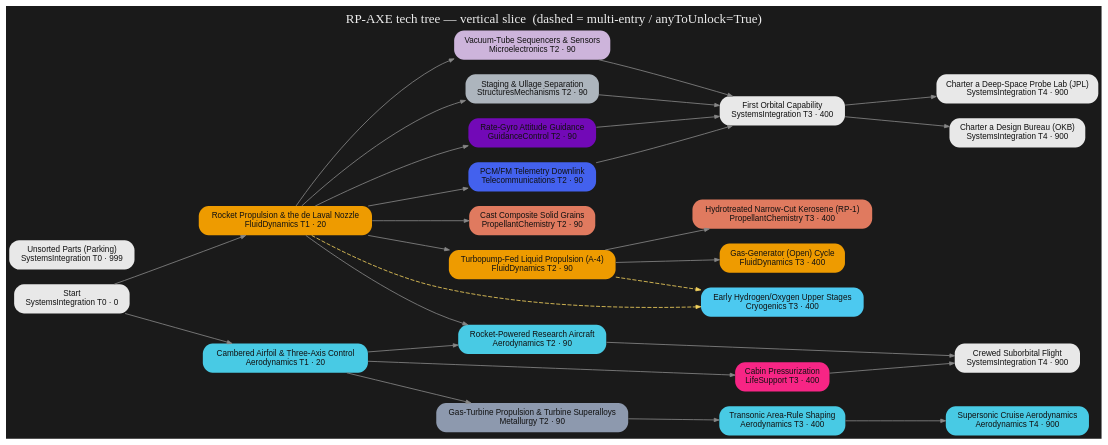
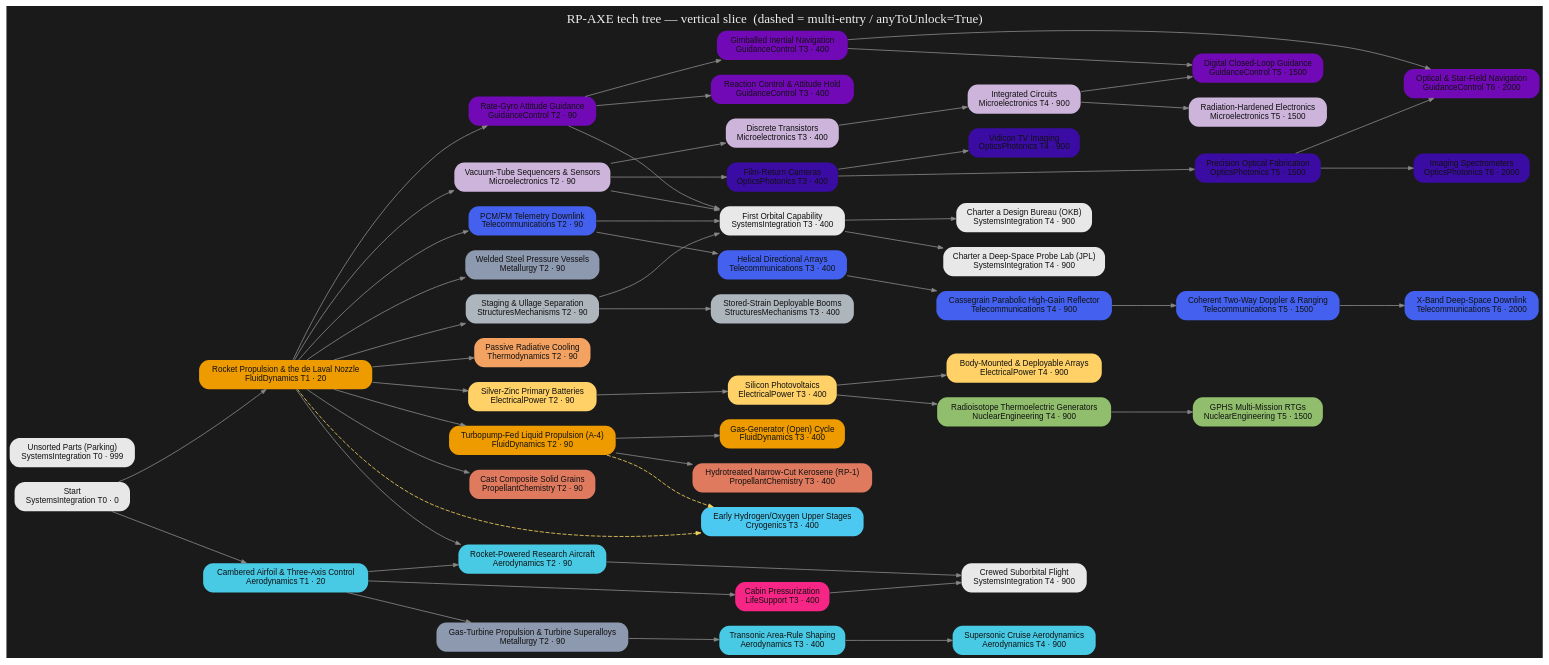
The diagram in tree/render/axe-tree.dot (miskoltrans/RP-AXE), drawn with Graphviz before and after one commit. The commit also changed 5 other files, not shown here.

```diff
--- a/tree/render/axe-tree.dot
+++ b/tree/render/axe-tree.dot
@@ -1,60 +1,110 @@
 digraph AXE {
   rankdir=LR; bgcolor="#1a1a1a"; nodesep=0.25; ranksep=1.1;
   node[shape=box,style="filled,rounded",fontname="Helvetica",fontsize=10,color="#00000000"];
   edge[color="#888888",arrowsize=0.6];
   "start" [label="Start\nSystemsIntegration T0 · 0",fillcolor="#e8e8e8",fontcolor="#111111"];
   "parking" [label="Unsorted Parts (Parking)\nSystemsIntegration T0 · 999",fillcolor="#e8e8e8",fontcolor="#111111"];
   "rocketryStart" [label="Rocket Propulsion & the de Laval Nozzle\nFluidDynamics T1 · 20",fillcolor="#ee9b00",fontcolor="#111111"];
   "fd_turbopumpLiquid" [label="Turbopump-Fed Liquid Propulsion (A-4)\nFluidDynamics T2 · 90",fillcolor="#ee9b00",fontcolor="#111111"];
   "pc_solidGrain" [label="Cast Composite Solid Grains\nPropellantChemistry T2 · 90",fillcolor="#e07a5f",fontcolor="#111111"];
   "pc_kerosene" [label="Hydrotreated Narrow-Cut Kerosene (RP-1)\nPropellantChemistry T3 · 400",fillcolor="#e07a5f",fontcolor="#111111"];
   "fd_gasGenerator" [label="Gas-Generator (Open) Cycle\nFluidDynamics T3 · 400",fillcolor="#ee9b00",fontcolor="#111111"];
   "cryo_earlyHydrolox" [label="Early Hydrogen/Oxygen Upper Stages\nCryogenics T3 · 400",fillcolor="#4cc9f0",fontcolor="#111111"];
   "str_stageSeparation" [label="Staging & Ullage Separation\nStructuresMechanisms T2 · 90",fillcolor="#adb5bd",fontcolor="#111111"];
-  "gnc_earlyGuidance" [label="Rate-Gyro Attitude Guidance\nGuidanceControl T2 · 90",fillcolor="#7209b7",fontcolor="#111111"];
+  "gnc_rateGyros" [label="Rate-Gyro Attitude Guidance\nGuidanceControl T2 · 90",fillcolor="#7209b7",fontcolor="#111111"];
   "tel_pcmTelemetry" [label="PCM/FM Telemetry Downlink\nTelecommunications T2 · 90",fillcolor="#4361ee",fontcolor="#111111"];
-  "mic_probeAvionics" [label="Vacuum-Tube Sequencers & Sensors\nMicroelectronics T2 · 90",fillcolor="#cdb4db",fontcolor="#111111"];
+  "mic_vacuumTubes" [label="Vacuum-Tube Sequencers & Sensors\nMicroelectronics T2 · 90",fillcolor="#cdb4db",fontcolor="#111111"];
+  "met_weldedSteel" [label="Welded Steel Pressure Vessels\nMetallurgy T2 · 90",fillcolor="#8d99ae",fontcolor="#111111"];
+  "elec_silverZinc" [label="Silver-Zinc Primary Batteries\nElectricalPower T2 · 90",fillcolor="#ffd166",fontcolor="#111111"];
+  "elec_siliconPV" [label="Silicon Photovoltaics\nElectricalPower T3 · 400",fillcolor="#ffd166",fontcolor="#111111"];
+  "elec_bodyMountedArrays" [label="Body-Mounted & Deployable Arrays\nElectricalPower T4 · 900",fillcolor="#ffd166",fontcolor="#111111"];
+  "mic_transistor" [label="Discrete Transistors\nMicroelectronics T3 · 400",fillcolor="#cdb4db",fontcolor="#111111"];
+  "mic_integratedCircuit" [label="Integrated Circuits\nMicroelectronics T4 · 900",fillcolor="#cdb4db",fontcolor="#111111"];
+  "mic_radHardening" [label="Radiation-Hardened Electronics\nMicroelectronics T5 · 1500",fillcolor="#cdb4db",fontcolor="#111111"];
+  "tel_helicalDirectional" [label="Helical Directional Arrays\nTelecommunications T3 · 400",fillcolor="#4361ee",fontcolor="#111111"];
+  "tel_cassegrainHGA" [label="Cassegrain Parabolic High-Gain Reflector\nTelecommunications T4 · 900",fillcolor="#4361ee",fontcolor="#111111"];
+  "tel_dsnRanging" [label="Coherent Two-Way Doppler & Ranging\nTelecommunications T5 · 1500",fillcolor="#4361ee",fontcolor="#111111"];
+  "tel_xBandDownlink" [label="X-Band Deep-Space Downlink\nTelecommunications T6 · 2000",fillcolor="#4361ee",fontcolor="#111111"];
+  "gnc_reactionControl" [label="Reaction Control & Attitude Hold\nGuidanceControl T3 · 400",fillcolor="#7209b7",fontcolor="#111111"];
+  "gnc_inertialNav" [label="Gimballed Inertial Navigation\nGuidanceControl T3 · 400",fillcolor="#7209b7",fontcolor="#111111"];
+  "gnc_digitalGuidance" [label="Digital Closed-Loop Guidance\nGuidanceControl T5 · 1500",fillcolor="#7209b7",fontcolor="#111111"];
+  "gnc_opticalNav" [label="Optical & Star-Field Navigation\nGuidanceControl T6 · 2000",fillcolor="#7209b7",fontcolor="#111111"];
+  "opt_filmCameras" [label="Film-Return Cameras\nOpticsPhotonics T3 · 400",fillcolor="#3a0ca3",fontcolor="#111111"];
+  "opt_tvImaging" [label="Vidicon TV Imaging\nOpticsPhotonics T4 · 900",fillcolor="#3a0ca3",fontcolor="#111111"];
+  "opt_precisionOptics" [label="Precision Optical Fabrication\nOpticsPhotonics T5 · 1500",fillcolor="#3a0ca3",fontcolor="#111111"];
+  "opt_spectrometry" [label="Imaging Spectrometers\nOpticsPhotonics T6 · 2000",fillcolor="#3a0ca3",fontcolor="#111111"];
+  "th_passiveRadiators" [label="Passive Radiative Cooling\nThermodynamics T2 · 90",fillcolor="#f4a261",fontcolor="#111111"];
+  "nuc_rtg" [label="Radioisotope Thermoelectric Generators\nNuclearEngineering T4 · 900",fillcolor="#90be6d",fontcolor="#111111"];
+  "nuc_rtgAdvanced" [label="GPHS Multi-Mission RTGs\nNuclearEngineering T5 · 1500",fillcolor="#90be6d",fontcolor="#111111"];
+  "str_deployableBooms" [label="Stored-Strain Deployable Booms\nStructuresMechanisms T3 · 400",fillcolor="#adb5bd",fontcolor="#111111"];
   "int_firstOrbit" [label="First Orbital Capability\nSystemsIntegration T3 · 400",fillcolor="#e8e8e8",fontcolor="#111111"];
   "hire_JPL" [label="Charter a Deep-Space Probe Lab (JPL)\nSystemsIntegration T4 · 900",fillcolor="#e8e8e8",fontcolor="#111111"];
   "hire_OKB" [label="Charter a Design Bureau (OKB)\nSystemsIntegration T4 · 900",fillcolor="#e8e8e8",fontcolor="#111111"];
   "xplaneStart" [label="Cambered Airfoil & Three-Axis Control\nAerodynamics T1 · 20",fillcolor="#48cae4",fontcolor="#111111"];
   "met_turbojet" [label="Gas-Turbine Propulsion & Turbine Superalloys\nMetallurgy T2 · 90",fillcolor="#8d99ae",fontcolor="#111111"];
   "aero_transonicFlight" [label="Transonic Area-Rule Shaping\nAerodynamics T3 · 400",fillcolor="#48cae4",fontcolor="#111111"];
   "aero_supersonicCruise" [label="Supersonic Cruise Aerodynamics\nAerodynamics T4 · 900",fillcolor="#48cae4",fontcolor="#111111"];
   "aero_rocketplane" [label="Rocket-Powered Research Aircraft\nAerodynamics T2 · 90",fillcolor="#48cae4",fontcolor="#111111"];
   "life_pressurizedCabin" [label="Cabin Pressurization\nLifeSupport T3 · 400",fillcolor="#f72585",fontcolor="#111111"];
   "int_crewedSuborbital" [label="Crewed Suborbital Flight\nSystemsIntegration T4 · 900",fillcolor="#e8e8e8",fontcolor="#111111"];
   { rank=same; "start" "parking" }
   { rank=same; "rocketryStart" "xplaneStart" }
-  { rank=same; "fd_turbopumpLiquid" "pc_solidGrain" "str_stageSeparation" "gnc_earlyGuidance" "tel_pcmTelemetry" "mic_probeAvionics" "met_turbojet" "aero_rocketplane" }
-  { rank=same; "pc_kerosene" "fd_gasGenerator" "cryo_earlyHydrolox" "int_firstOrbit" "aero_transonicFlight" "life_pressurizedCabin" }
-  { rank=same; "hire_JPL" "hire_OKB" "aero_supersonicCruise" "int_crewedSuborbital" }
+  { rank=same; "fd_turbopumpLiquid" "pc_solidGrain" "str_stageSeparation" "gnc_rateGyros" "tel_pcmTelemetry" "mic_vacuumTubes" "met_weldedSteel" "elec_silverZinc" "th_passiveRadiators" "met_turbojet" "aero_rocketplane" }
+  { rank=same; "pc_kerosene" "fd_gasGenerator" "cryo_earlyHydrolox" "elec_siliconPV" "mic_transistor" "tel_helicalDirectional" "gnc_reactionControl" "gnc_inertialNav" "opt_filmCameras" "str_deployableBooms" "int_firstOrbit" "aero_transonicFlight" "life_pressurizedCabin" }
+  { rank=same; "elec_bodyMountedArrays" "mic_integratedCircuit" "tel_cassegrainHGA" "opt_tvImaging" "nuc_rtg" "hire_JPL" "hire_OKB" "aero_supersonicCruise" "int_crewedSuborbital" }
+  { rank=same; "mic_radHardening" "tel_dsnRanging" "gnc_digitalGuidance" "opt_precisionOptics" "nuc_rtgAdvanced" }
+  { rank=same; "tel_xBandDownlink" "gnc_opticalNav" "opt_spectrometry" }
   "start" -> "rocketryStart" [style=solid];
   "rocketryStart" -> "fd_turbopumpLiquid" [style=solid];
   "rocketryStart" -> "pc_solidGrain" [style=solid];
   "fd_turbopumpLiquid" -> "pc_kerosene" [style=solid];
   "fd_turbopumpLiquid" -> "fd_gasGenerator" [style=solid];
   "rocketryStart" -> "cryo_earlyHydrolox" [style=dashed,color="#f4d35e"];
   "fd_turbopumpLiquid" -> "cryo_earlyHydrolox" [style=dashed,color="#f4d35e"];
   "rocketryStart" -> "str_stageSeparation" [style=solid];
-  "rocketryStart" -> "gnc_earlyGuidance" [style=solid];
+  "rocketryStart" -> "gnc_rateGyros" [style=solid];
   "rocketryStart" -> "tel_pcmTelemetry" [style=solid];
-  "rocketryStart" -> "mic_probeAvionics" [style=solid];
+  "rocketryStart" -> "mic_vacuumTubes" [style=solid];
+  "rocketryStart" -> "met_weldedSteel" [style=solid];
+  "rocketryStart" -> "elec_silverZinc" [style=solid];
+  "elec_silverZinc" -> "elec_siliconPV" [style=solid];
+  "elec_siliconPV" -> "elec_bodyMountedArrays" [style=solid];
+  "mic_vacuumTubes" -> "mic_transistor" [style=solid];
+  "mic_transistor" -> "mic_integratedCircuit" [style=solid];
+  "mic_integratedCircuit" -> "mic_radHardening" [style=solid];
+  "tel_pcmTelemetry" -> "tel_helicalDirectional" [style=solid];
+  "tel_helicalDirectional" -> "tel_cassegrainHGA" [style=solid];
+  "tel_cassegrainHGA" -> "tel_dsnRanging" [style=solid];
+  "tel_dsnRanging" -> "tel_xBandDownlink" [style=solid];
+  "gnc_rateGyros" -> "gnc_reactionControl" [style=solid];
+  "gnc_rateGyros" -> "gnc_inertialNav" [style=solid];
+  "gnc_inertialNav" -> "gnc_digitalGuidance" [style=solid];
+  "mic_integratedCircuit" -> "gnc_digitalGuidance" [style=solid];
+  "gnc_inertialNav" -> "gnc_opticalNav" [style=solid];
+  "opt_precisionOptics" -> "gnc_opticalNav" [style=solid];
+  "mic_vacuumTubes" -> "opt_filmCameras" [style=solid];
+  "opt_filmCameras" -> "opt_tvImaging" [style=solid];
+  "opt_filmCameras" -> "opt_precisionOptics" [style=solid];
+  "opt_precisionOptics" -> "opt_spectrometry" [style=solid];
+  "rocketryStart" -> "th_passiveRadiators" [style=solid];
+  "elec_siliconPV" -> "nuc_rtg" [style=solid];
+  "nuc_rtg" -> "nuc_rtgAdvanced" [style=solid];
+  "str_stageSeparation" -> "str_deployableBooms" [style=solid];
   "str_stageSeparation" -> "int_firstOrbit" [style=solid];
-  "gnc_earlyGuidance" -> "int_firstOrbit" [style=solid];
+  "gnc_rateGyros" -> "int_firstOrbit" [style=solid];
   "tel_pcmTelemetry" -> "int_firstOrbit" [style=solid];
-  "mic_probeAvionics" -> "int_firstOrbit" [style=solid];
+  "mic_vacuumTubes" -> "int_firstOrbit" [style=solid];
   "int_firstOrbit" -> "hire_JPL" [style=solid];
   "int_firstOrbit" -> "hire_OKB" [style=solid];
   "start" -> "xplaneStart" [style=solid];
   "xplaneStart" -> "met_turbojet" [style=solid];
   "met_turbojet" -> "aero_transonicFlight" [style=solid];
   "aero_transonicFlight" -> "aero_supersonicCruise" [style=solid];
   "xplaneStart" -> "aero_rocketplane" [style=solid];
   "rocketryStart" -> "aero_rocketplane" [style=solid];
   "xplaneStart" -> "life_pressurizedCabin" [style=solid];
   "aero_rocketplane" -> "int_crewedSuborbital" [style=solid];
   "life_pressurizedCabin" -> "int_crewedSuborbital" [style=solid];
   labelloc="t"; fontcolor="#eeeeee"; fontsize=16;
   label="RP-AXE tech tree — vertical slice  (dashed = multi-entry / anyToUnlock=True)";
 }
```
